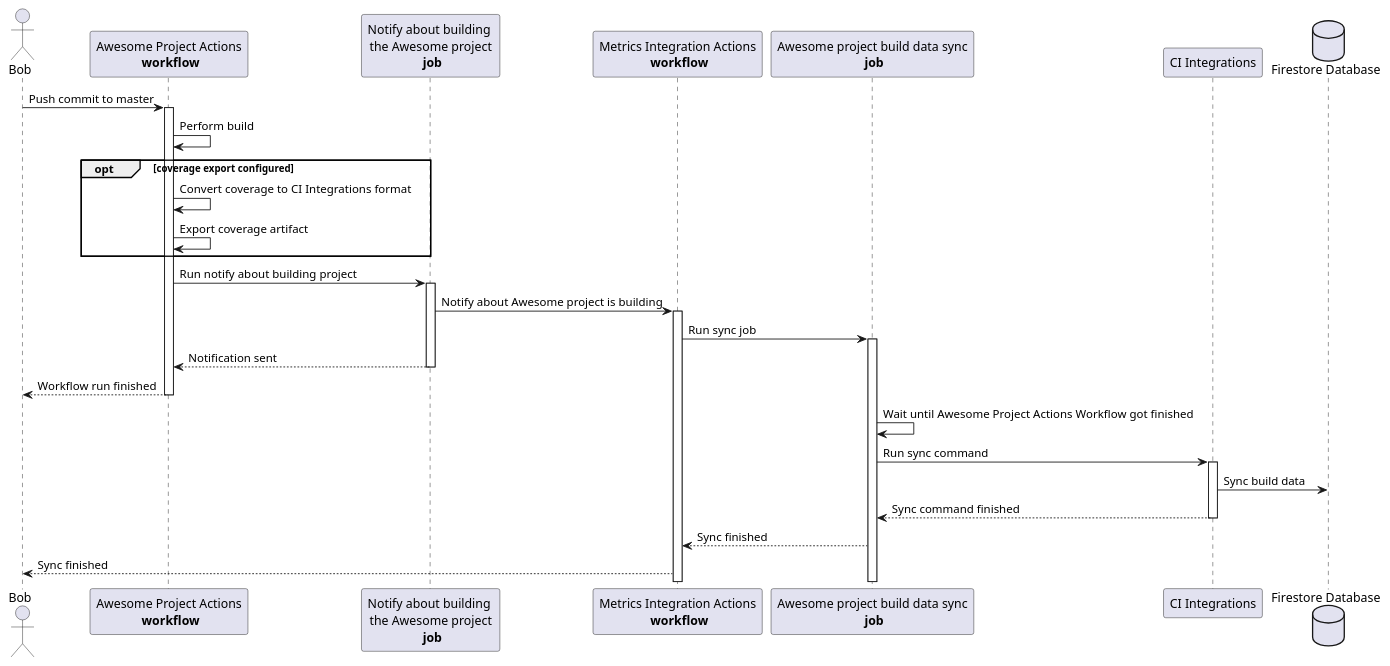
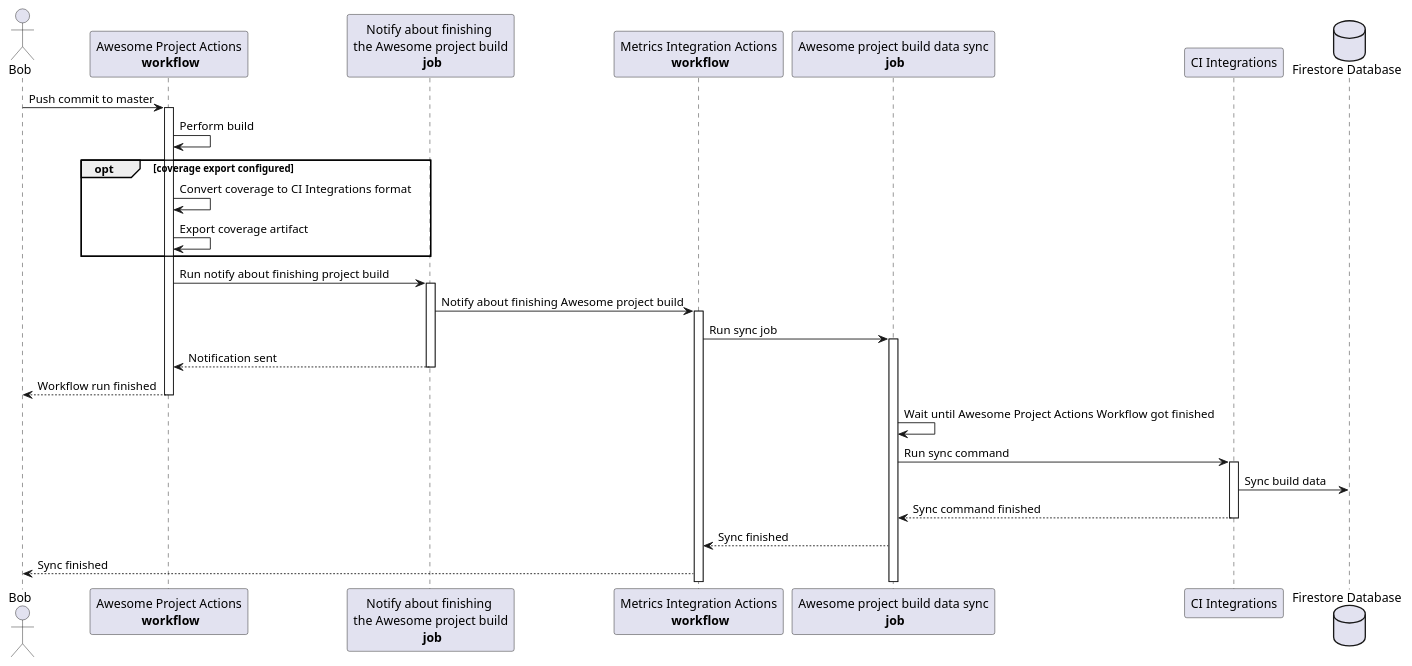
One commit to Flank/flank-dashboard changed the diagram in docs/diagrams/github_actions_sequence_diagram.puml. Above: the diagram before and after it, drawn with PlantUML. The commit also changed 1 other file, not shown here.

```diff
--- a/docs/diagrams/github_actions_sequence_diagram.puml
+++ b/docs/diagrams/github_actions_sequence_diagram.puml
@@ -1,49 +1,49 @@
 @startuml github_actions_sequence_diagram
 
 actor Bob
 
 participant "Awesome Project Actions\n **workflow**" as AwesomeWorkflow
-participant "Notify about building \nthe Awesome project\n **job**" as NotifyBuilding
+participant "Notify about finishing \nthe Awesome project build\n **job**" as NotifyBuilding
 
 participant "Metrics Integration Actions\n **workflow**" as IntegrationsWorkflow
 participant "Awesome project build data sync\n **job**" as AwesomeSync
 participant "CI Integrations" as CiIntegrations
 
 database "Firestore Database" as Firestore
 
 
 Bob -> AwesomeWorkflow : Push commit to master
 activate AwesomeWorkflow
 AwesomeWorkflow -> AwesomeWorkflow : Perform build
 
 opt coverage export configured
     AwesomeWorkflow -> AwesomeWorkflow : Convert coverage to CI Integrations format
     AwesomeWorkflow -> AwesomeWorkflow : Export coverage artifact
 end
 
-AwesomeWorkflow -> NotifyBuilding : Run notify about building project
+AwesomeWorkflow -> NotifyBuilding : Run notify about finishing project build
 activate NotifyBuilding
 
-NotifyBuilding -> IntegrationsWorkflow : Notify about Awesome project is building
+NotifyBuilding -> IntegrationsWorkflow : Notify about finishing Awesome project build
 activate IntegrationsWorkflow
 
 IntegrationsWorkflow -> AwesomeSync : Run sync job
 activate AwesomeSync
 
 NotifyBuilding --> AwesomeWorkflow : Notification sent
 deactivate NotifyBuilding
 
 AwesomeWorkflow --> Bob : Workflow run finished
 deactivate AwesomeWorkflow
 
 AwesomeSync -> AwesomeSync : Wait until Awesome Project Actions Workflow got finished
 
 AwesomeSync -> CiIntegrations : Run sync command
 activate CiIntegrations
 
 CiIntegrations -> Firestore : Sync build data
 return Sync command finished
 AwesomeSync --> IntegrationsWorkflow : Sync finished
 IntegrationsWorkflow --> Bob : Sync finished
 
 @enduml
```
